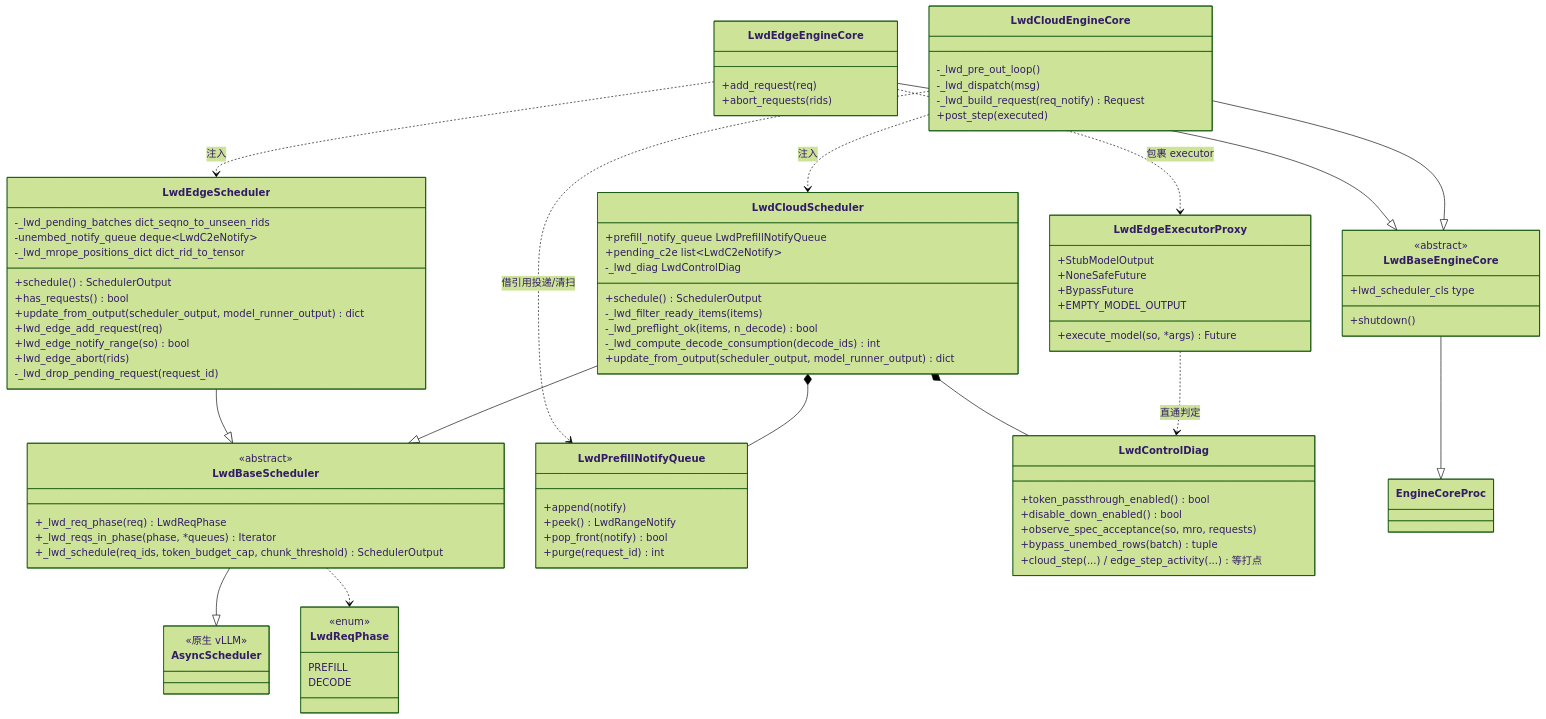
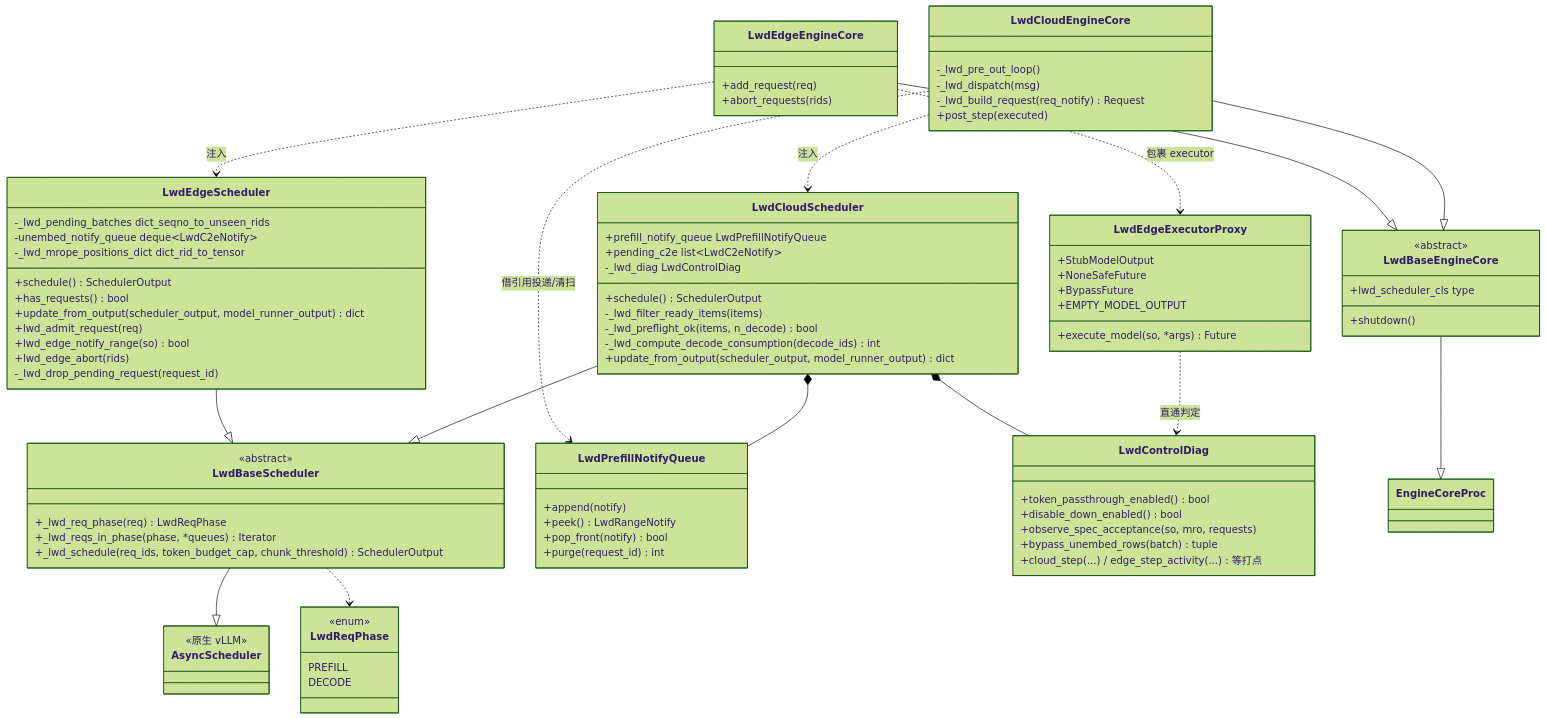
The second of 7 diagrams in docs/refactor/lwd_control_design_v5.md (Chloe-orz/vllm-maintomain), drawn with Mermaid (forest theme) before and after one commit. The commit also changed other lines of this file and 19 other files, not shown here.

```diff
--- a/docs/refactor/lwd_control_design_v5.md
+++ b/docs/refactor/lwd_control_design_v5.md
@@ -93,7 +93,7 @@
         +schedule() SchedulerOutput
         +has_requests() bool
         +update_from_output(scheduler_output, model_runner_output) dict
-        +lwd_edge_add_request(req)
+        +lwd_admit_request(req)
         +lwd_edge_notify_range(so) bool
         +lwd_edge_abort(rids)
         -_lwd_drop_pending_request(request_id)
```
